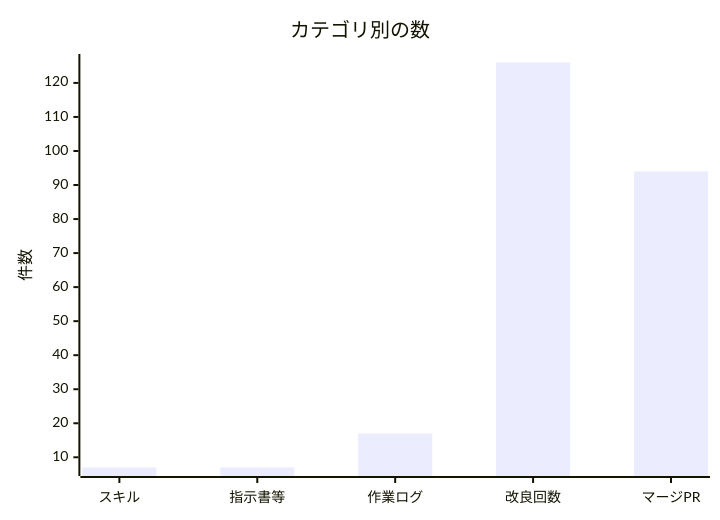
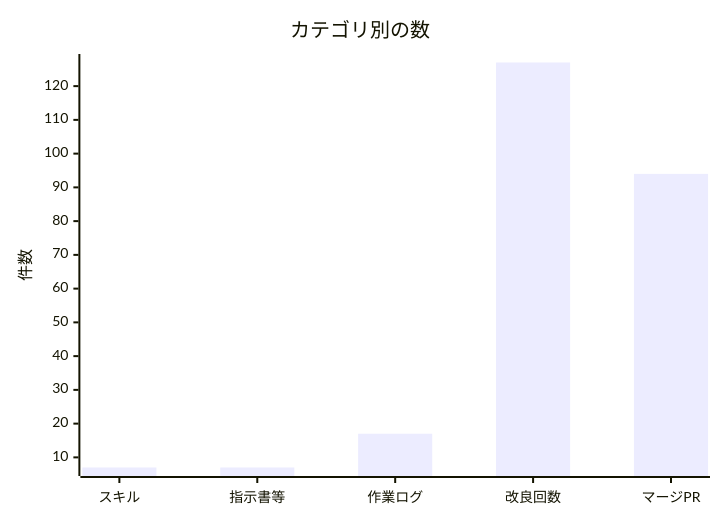
The second of 2 diagrams in docs/進化レポート.md (non-x2/non-x2), drawn with Mermaid before and after one commit. The commit also changed other lines of this file and 1 other file, not shown here.

````diff
--- a/docs/進化レポート.md
+++ b/docs/進化レポート.md
@@ -35,7 +35,7 @@
 ```mermaid
 xychart-beta
     title "カテゴリ別の数"
     x-axis ["スキル", "指示書等", "作業ログ", "改良回数", "マージPR"]
     y-axis "件数"
-    bar [7, 7, 17, 126, 94]
+    bar [7, 7, 17, 127, 94]
 ```
````
